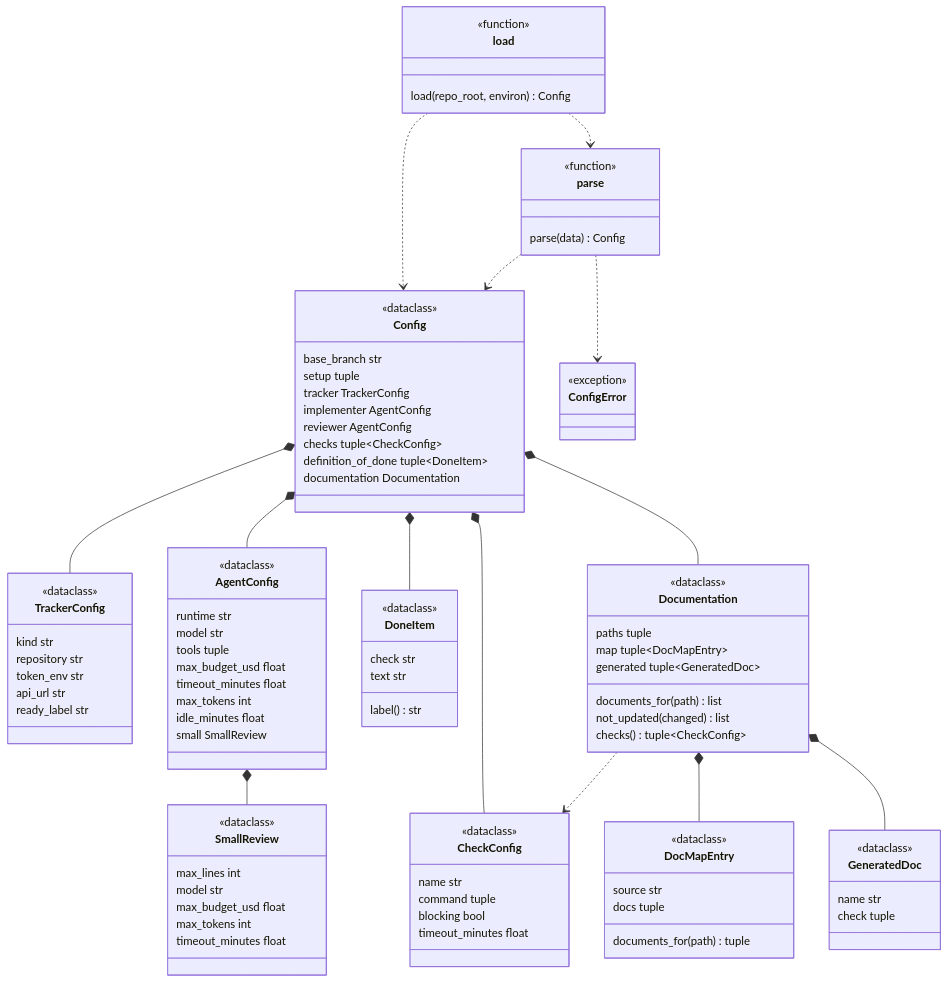
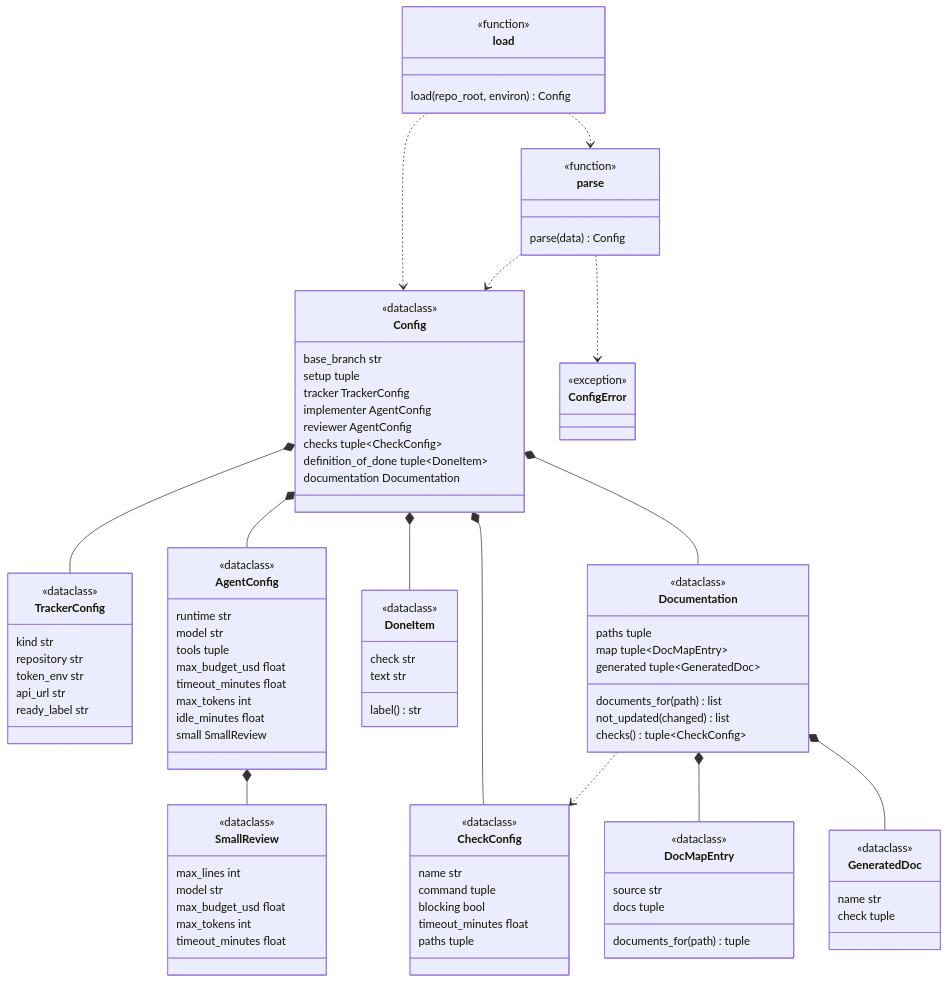
The second of 3 diagrams in docs/architecture/modules/config.md (plaplanche/ariane), drawn with Mermaid before and after one commit. The commit also changed other lines of this file and 27 other files, not shown here.

```diff
--- a/docs/architecture/modules/config.md
+++ b/docs/architecture/modules/config.md
@@ -107,6 +108,7 @@
   command tuple
   blocking bool
   timeout_minutes float
+  paths tuple
 }
 class DoneItem {
   <<dataclass>>
```
